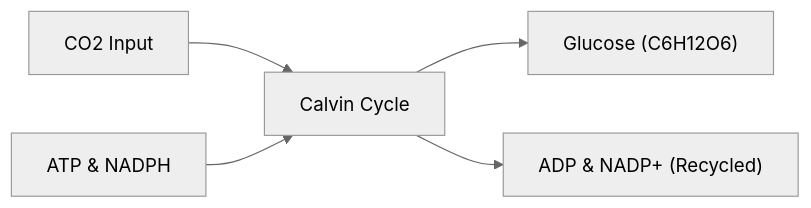
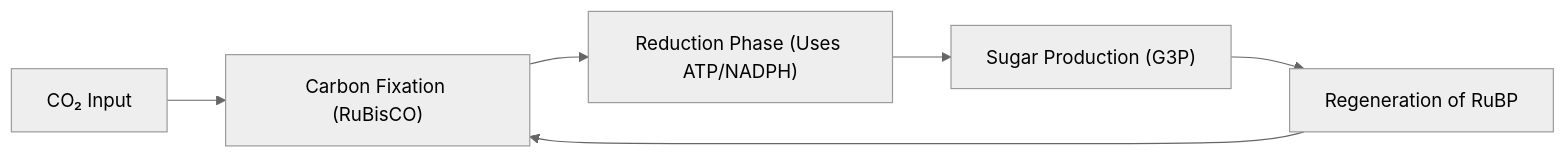
Before and after one commit to niha4rika15-eng/teach-easy-work4: the second of 2 diagrams in tests/live/out/gen-ppt_outline-English.md, drawn with Mermaid (neutral theme). The commit also changed other lines of this file and 19 other files, not shown here.

````diff
--- a/tests/live/out/gen-ppt_outline-English.md
+++ b/tests/live/out/gen-ppt_outline-English.md
@@ -97,7 +97,8 @@
 ```mermaid
 graph LR
-    CO2["CO2 Input"] --> CC["Calvin Cycle"]
-    ATP["ATP & NADPH"] --> CC
-    CC --> G["Glucose (C6H12O6)"]
-    CC --> ADP["ADP & NADP+ (Recycled)"]
+    A["CO₂ Input"] --> B["Carbon Fixation (RuBisCO)"]
+    B["Carbon Fixation (RuBisCO)"] --> C["Reduction Phase (Uses ATP/NADPH)"]
+    C["Reduction Phase (Uses ATP/NADPH)"] --> D["Sugar Production (G3P)"]
+    D["Sugar Production (G3P)"] --> E["Regeneration of RuBP"]
+    E["Regeneration of RuBP"] --> B["Carbon Fixation (RuBisCO)"]
 ```
````
